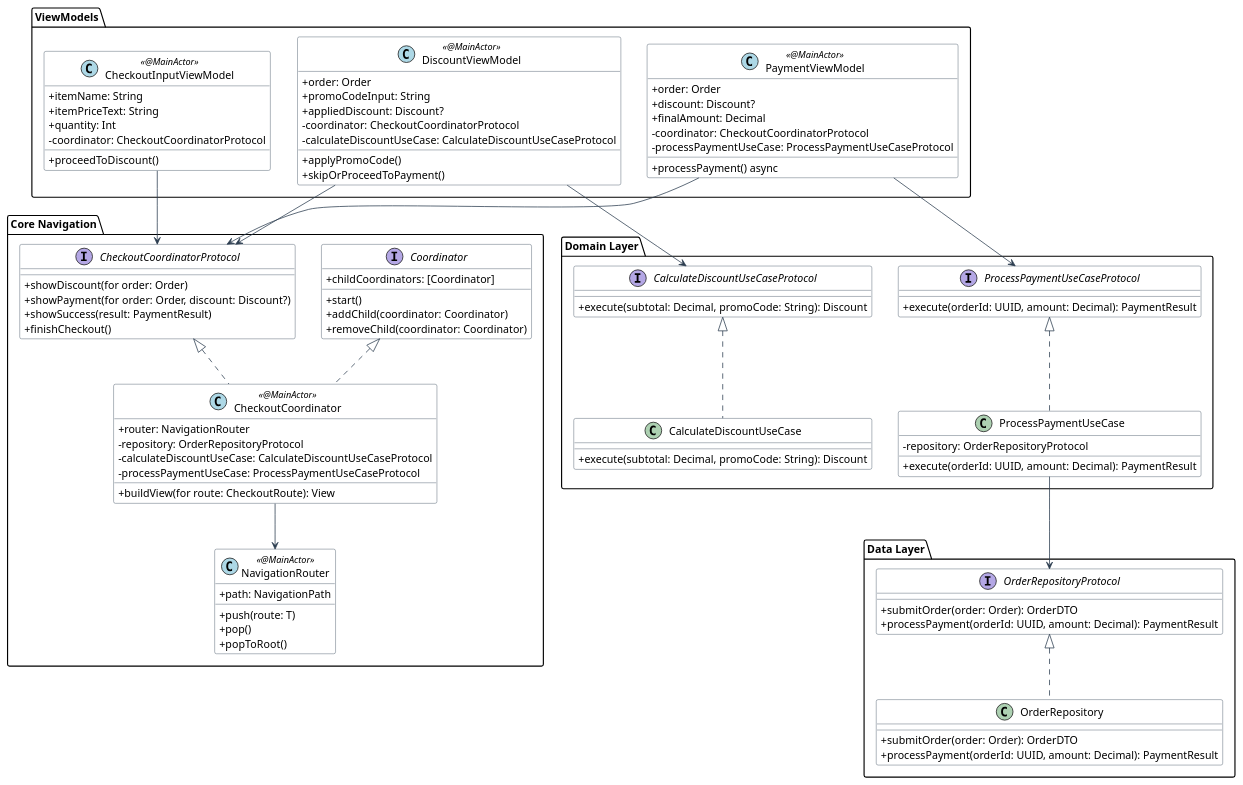
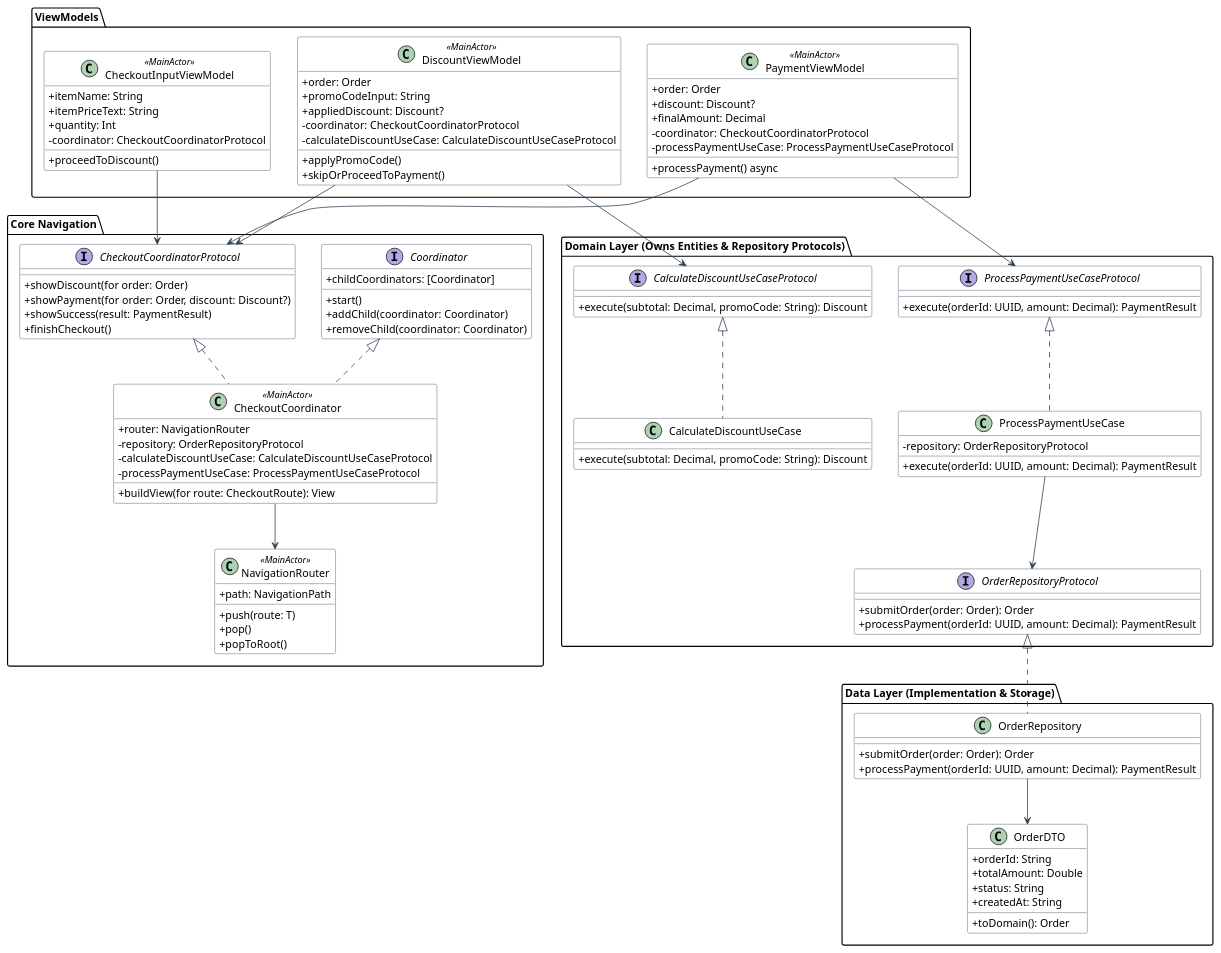
One commit to lwrnczeng/MVVMC-Blueprint changed the second of 3 diagrams in Diagrams/architecture_diagrams.md. Above: the diagram before and after it, drawn with PlantUML. The commit also changed other lines of this file and 2605 other files, not shown here.

````diff
--- a/Diagrams/architecture_diagrams.md
+++ b/Diagrams/architecture_diagrams.md
@@ -93,7 +92,7 @@
         +removeChild(coordinator: Coordinator)
     }
 
-    class NavigationRouter << (C, #ADD8E6) @MainActor >> {
+    class NavigationRouter << MainActor >> {
         +path: NavigationPath
         +push(route: T)
         +pop()
@@ -107,7 +106,7 @@
         +finishCheckout()
     }
 
-    class CheckoutCoordinator << (C, #ADD8E6) @MainActor >> {
+    class CheckoutCoordinator << MainActor >> {
         +router: NavigationRouter
         -repository: OrderRepositoryProtocol
         -calculateDiscountUseCase: CalculateDiscountUseCaseProtocol
@@ -121,7 +120,7 @@
 }
 
 package "ViewModels" {
-    class CheckoutInputViewModel << (C, #ADD8E6) @MainActor >> {
+    class CheckoutInputViewModel << MainActor >> {
         +itemName: String
         +itemPriceText: String
         +quantity: Int
@@ -129,7 +128,7 @@
         +proceedToDiscount()
     }
 
-    class DiscountViewModel << (C, #ADD8E6) @MainActor >> {
+    class DiscountViewModel << MainActor >> {
         +order: Order
         +promoCodeInput: String
         +appliedDiscount: Discount?
@@ -139,7 +138,7 @@
         +skipOrProceedToPayment()
     }
 
-    class PaymentViewModel << (C, #ADD8E6) @MainActor >> {
+    class PaymentViewModel << MainActor >> {
         +order: Order
         +discount: Discount?
         +finalAmount: Decimal
@@ -153,7 +152,12 @@
     PaymentViewModel --> CheckoutCoordinatorProtocol
 }
 
-package "Domain Layer" {
+package "Domain Layer (Owns Entities & Repository Protocols)" {
+    interface OrderRepositoryProtocol {
+        +submitOrder(order: Order): Order
+        +processPayment(orderId: UUID, amount: Decimal): PaymentResult
+    }
+
     interface CalculateDiscountUseCaseProtocol {
         +execute(subtotal: Decimal, promoCode: String): Discount
     }
@@ -175,21 +179,25 @@
     ProcessPaymentUseCaseProtocol <|.. ProcessPaymentUseCase
     DiscountViewModel --> CalculateDiscountUseCaseProtocol
     PaymentViewModel --> ProcessPaymentUseCaseProtocol
+    ProcessPaymentUseCase --> OrderRepositoryProtocol
 }
 
-package "Data Layer" {
-    interface OrderRepositoryProtocol {
-        +submitOrder(order: Order): OrderDTO
+package "Data Layer (Implementation & Storage)" {
+    class OrderRepository {
+        +submitOrder(order: Order): Order
         +processPayment(orderId: UUID, amount: Decimal): PaymentResult
     }
 
-    class OrderRepository {
-        +submitOrder(order: Order): OrderDTO
-        +processPayment(orderId: UUID, amount: Decimal): PaymentResult
+    class OrderDTO {
+        +orderId: String
+        +totalAmount: Double
+        +status: String
+        +createdAt: String
+        +toDomain(): Order
     }
 
     OrderRepositoryProtocol <|.. OrderRepository
-    ProcessPaymentUseCase --> OrderRepositoryProtocol
+    OrderRepository --> OrderDTO
 }
 @enduml
 ```
````
